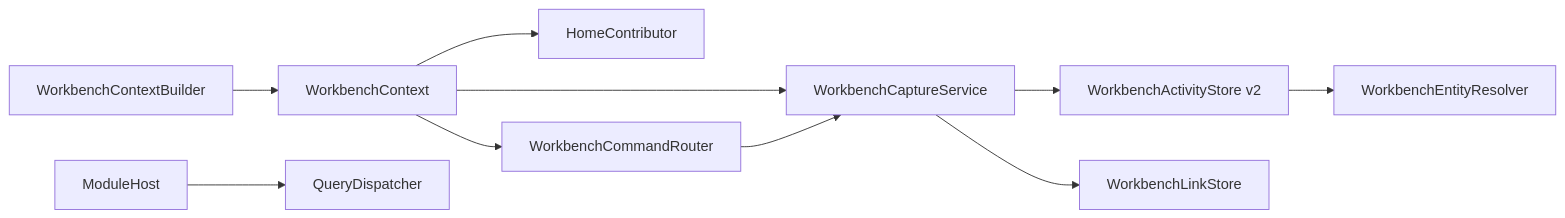
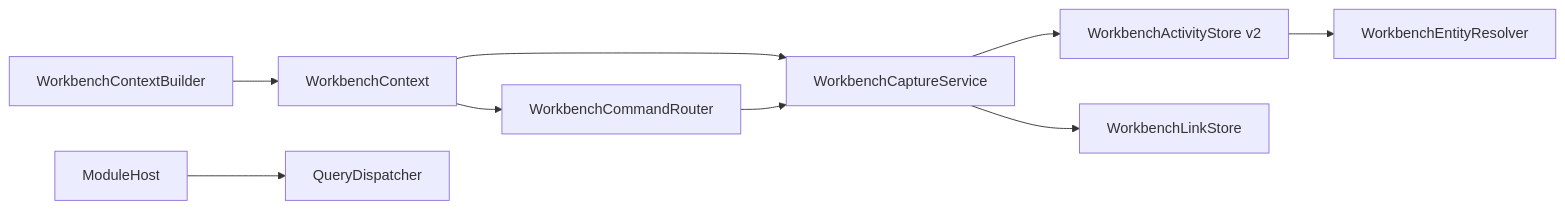
Before and after one commit to dyxnb22/Luma: the second of 2 diagrams in docs/ARCHITECTURE.md, drawn with Mermaid. The commit also changed other lines of this file and 21 other files, not shown here.

````diff
--- a/docs/ARCHITECTURE.md
+++ b/docs/ARCHITECTURE.md
@@ -143,12 +140,11 @@
 ```mermaid
 flowchart LR
     Builder[WorkbenchContextBuilder] --> WCtx[WorkbenchContext]
-    WCtx --> Home[HomeContributor]
     WCtx --> Capture[WorkbenchCaptureService]
     WCtx --> Cmd[WorkbenchCommandRouter]
     Capture --> Activity[WorkbenchActivityStore v2]
     Capture --> Links[WorkbenchLinkStore]
     Activity --> Resolver[WorkbenchEntityResolver]
     Cmd --> Capture
     MH[ModuleHost] --> QD[QueryDispatcher]
 ```
````
